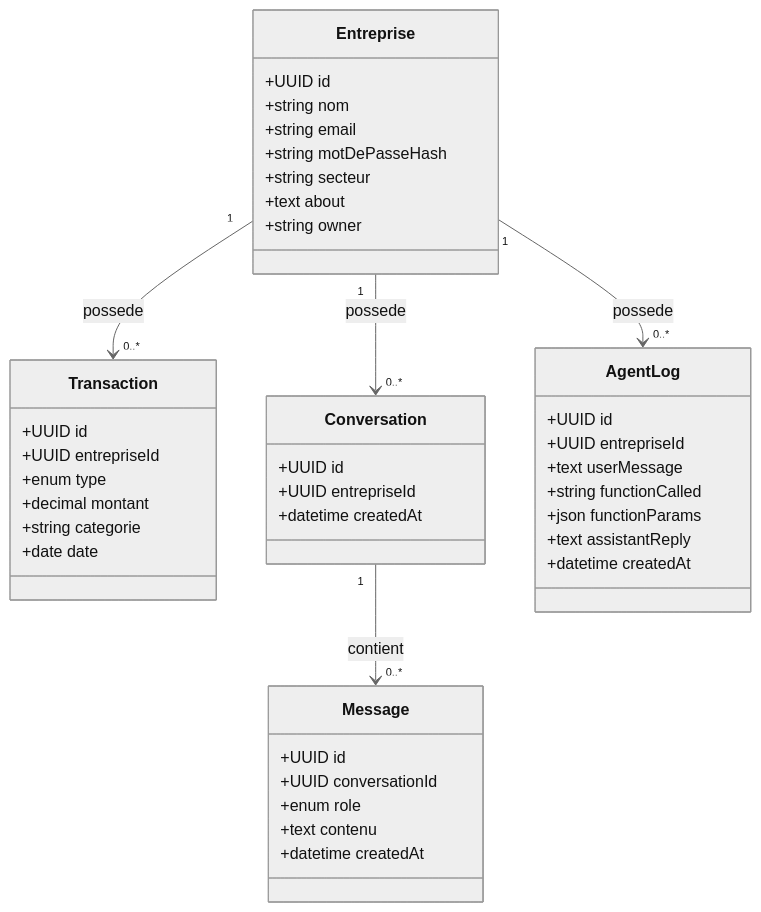
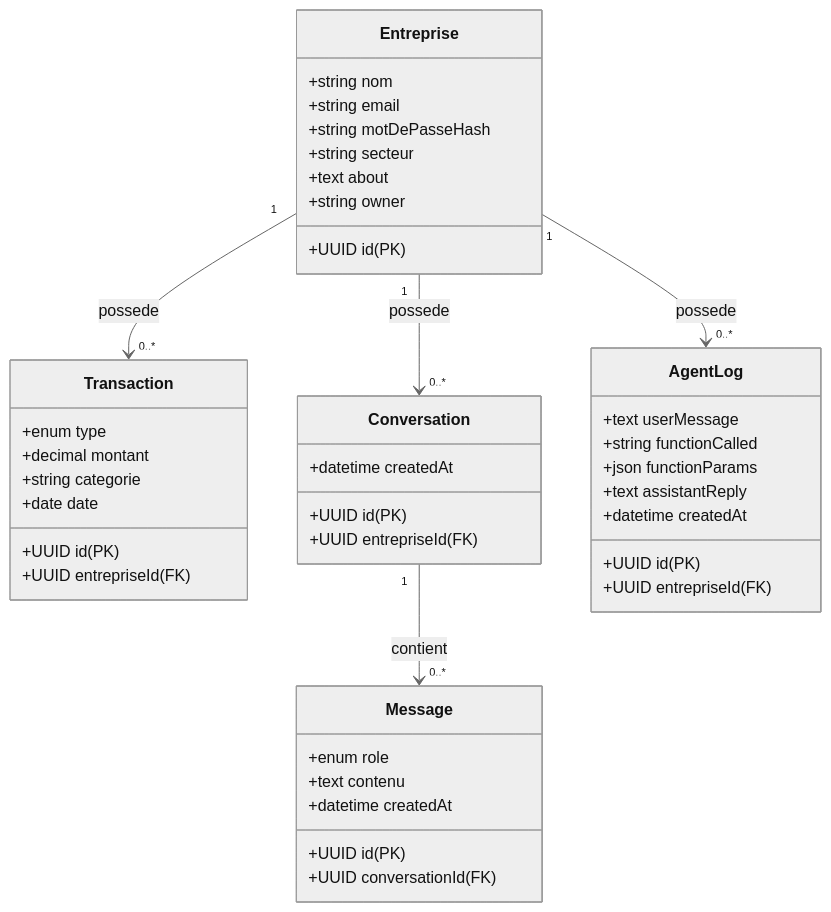
One commit to salmamirat/BizPulse changed the diagram in docs/class-diagram.mermaid. Above: the diagram before and after it, drawn with Mermaid (neutral theme). The commit also changed 11 other files, not shown here.

```diff
--- a/docs/class-diagram.mermaid
+++ b/docs/class-diagram.mermaid
@@ -1,49 +1,49 @@
 classDiagram
   class Entreprise {
-    +UUID id
+    +UUID id (PK)
     +string nom
     +string email
     +string motDePasseHash
     +string secteur
     +text about
     +string owner
   }
 
 
   class Transaction {
-    +UUID id
-    +UUID entrepriseId
+    +UUID id (PK)
+    +UUID entrepriseId (FK)
     +enum type
     +decimal montant
     +string categorie
     +date date
   }
 
   class Conversation {
-    +UUID id
-    +UUID entrepriseId
+    +UUID id (PK)
+    +UUID entrepriseId (FK)
     +datetime createdAt
   }
 
   class Message {
-    +UUID id
-    +UUID conversationId
+    +UUID id (PK)
+    +UUID conversationId (FK)
     +enum role
     +text contenu
     +datetime createdAt
   }
 
   class AgentLog {
-    +UUID id
-    +UUID entrepriseId
+    +UUID id (PK)
+    +UUID entrepriseId (FK)
     +text userMessage
     +string functionCalled
     +json functionParams
     +text assistantReply
     +datetime createdAt
   }
 
   Entreprise "1" --> "0..*" Transaction : possede
   Entreprise "1" --> "0..*" Conversation : possede
   Entreprise "1" --> "0..*" AgentLog : possede
   Conversation "1" --> "0..*" Message : contient
```
